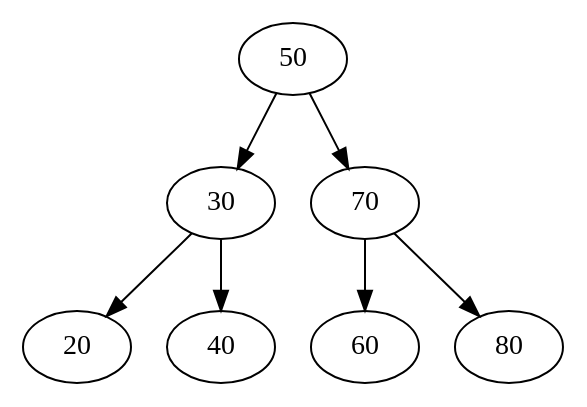
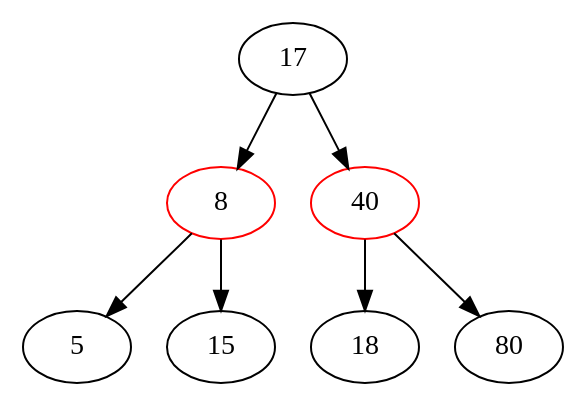
One commit to kirathenics/RedBlackTree changed the diagram in RedBlackTree/tree.dot. Above: the diagram before and after it, drawn with Graphviz. The commit also changed 8 other files, not shown here.

```diff
--- a/RedBlackTree/tree.dot
+++ b/RedBlackTree/tree.dot
@@ -1,8 +1,15 @@
 digraph BinarySearchTree {
-"50" -> "30"
-"30" -> "20"
-"30" -> "40"
-"50" -> "70"
-"70" -> "60"
-"70" -> "80"
+"17" [color=black]
+"17" -> "8"
+"8" [color=red]
+"8" -> "5"
+"5" [color=black]
+"8" -> "15"
+"15" [color=black]
+"17" -> "40"
+"40" [color=red]
+"40" -> "18"
+"18" [color=black]
+"40" -> "80"
+"80" [color=black]
 }
```
